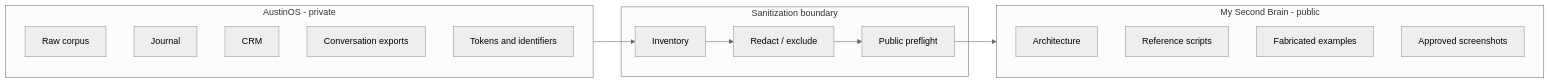
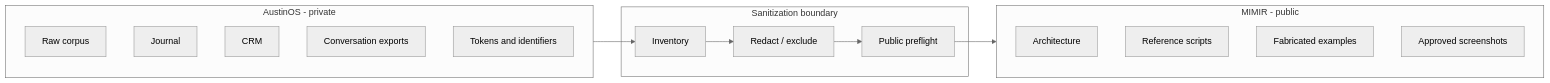
The diagram in docs/privacy-model.md (xinatra99/MIMIR), drawn with Mermaid (neutral theme) before and after one commit. The commit also changed other lines of this file and 4 other files, not shown here.

Commit message:
Rebrand public project as MIMIR

````diff
--- a/docs/privacy-model.md
+++ b/docs/privacy-model.md
@@ -7,25 +7,25 @@
 ```mermaid
 flowchart LR
     subgraph Private[AustinOS - private]
         Raw[Raw corpus]
         Journal[Journal]
         CRM[CRM]
         Conversations[Conversation exports]
         Secrets[Tokens and identifiers]
     end
 
     subgraph Review[Sanitization boundary]
         Inventory[Inventory]
         Redact[Redact / exclude]
         Preflight[Public preflight]
     end
 
-    subgraph Public[My Second Brain - public]
+    subgraph Public[MIMIR - public]
         Architecture[Architecture]
         Scripts[Reference scripts]
         Examples[Fabricated examples]
         Evidence[Approved screenshots]
     end
 
     Private --> Inventory --> Redact --> Preflight --> Public
 ```
````
